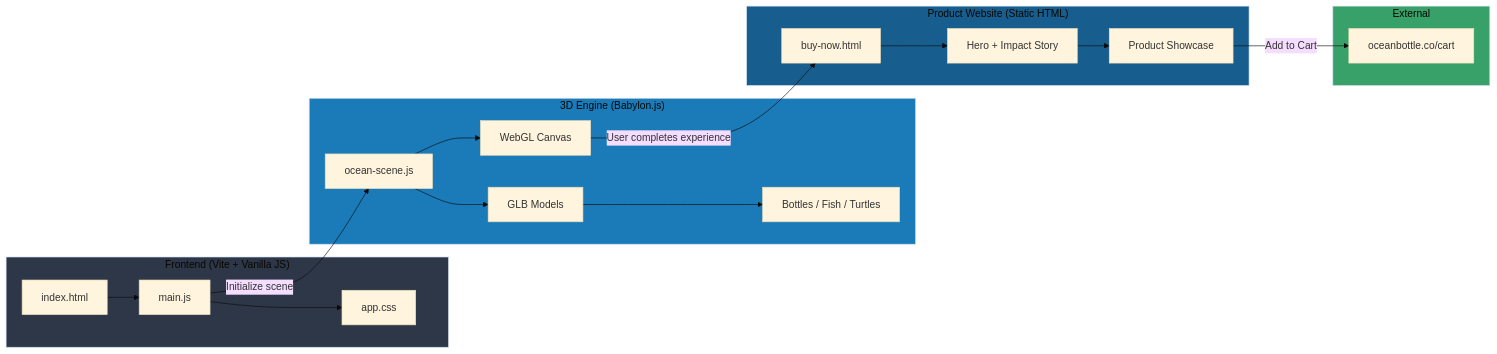
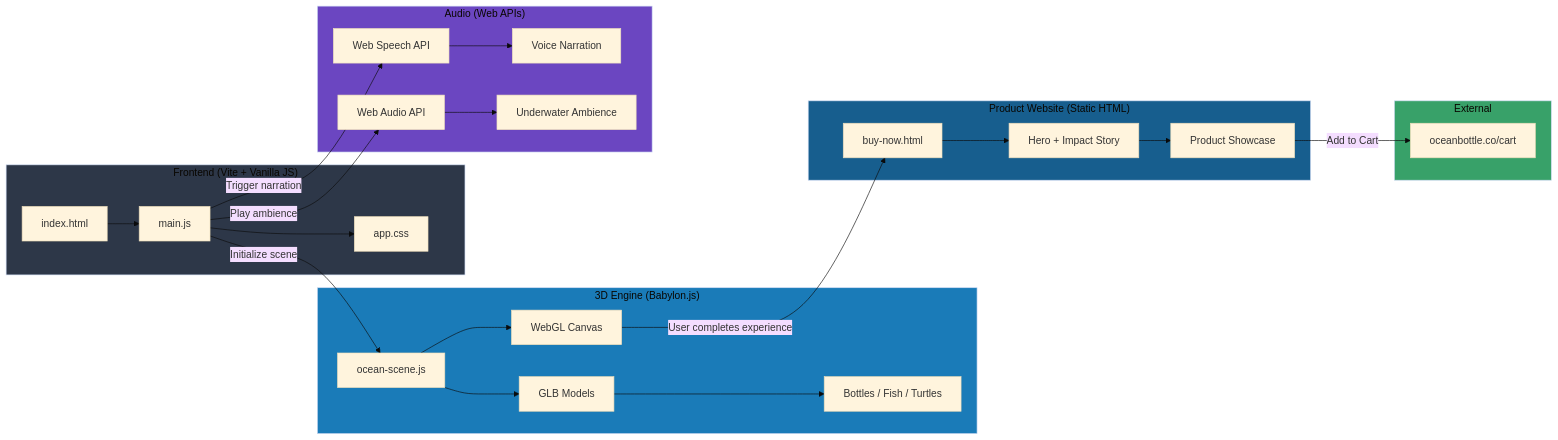
One commit to Shirly8/OceanBottle changed the diagram in README.md. Above: the diagram before and after it, drawn with Mermaid (base theme). The commit also changed other lines of this file, not shown here.

Commit message:
Update README with Web Speech API and Web Audio API in tech stack and architecture

````diff
--- a/README.md
+++ b/README.md
@@ -41,31 +43,39 @@
 ```mermaid
 graph LR
     subgraph Frontend ["Frontend (Vite + Vanilla JS)"]
         A[index.html] --> B[main.js]
         B --> C[app.css]
     end
 
     subgraph 3D ["3D Engine (Babylon.js)"]
         D[ocean-scene.js] --> E[GLB Models]
         D --> F[WebGL Canvas]
         E --> G[Bottles / Fish / Turtles]
     end
 
+    subgraph Audio ["Audio (Web APIs)"]
+        L[Web Speech API] --> M[Voice Narration]
+        N[Web Audio API] --> O[Underwater Ambience]
+    end
+
     subgraph Website ["Product Website (Static HTML)"]
         H[buy-now.html] --> I[Hero + Impact Story]
         I --> J[Product Showcase]
     end
 
     subgraph External ["External"]
         K[oceanbottle.co/cart]
     end
 
     B -->|Initialize scene| D
+    B -->|Trigger narration| L
+    B -->|Play ambience| N
     F -->|User completes experience| H
     J -->|Add to Cart| K
 
     style Frontend fill:#2d3748
     style 3D fill:#1a7bb8
+    style Audio fill:#6b46c1
     style Website fill:#175e8e
     style External fill:#38a169
 ```
````
